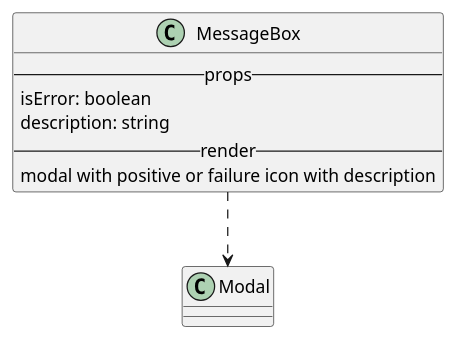
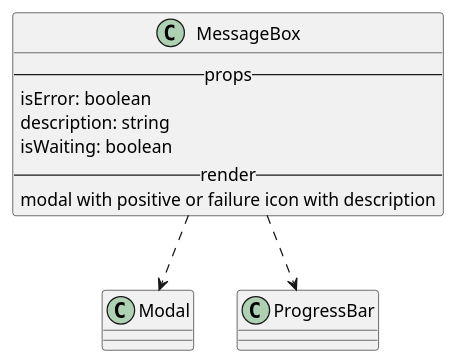
Before and after one commit to M9k/Marvin-Uml: the diagram in react/custom/messageBox.iuml, drawn with PlantUML. The commit also changed 7 other files, not shown here.

```diff
--- a/react/custom/messageBox.iuml
+++ b/react/custom/messageBox.iuml
@@ -1,9 +1,11 @@
 class MessageBox {
     --props--
        isError: boolean
        description: string
+	   isWaiting: boolean
     --render--
     modal with positive or failure icon with description
 }
 
 MessageBox ..> Modal
+MessageBox ..> ProgressBar
```
